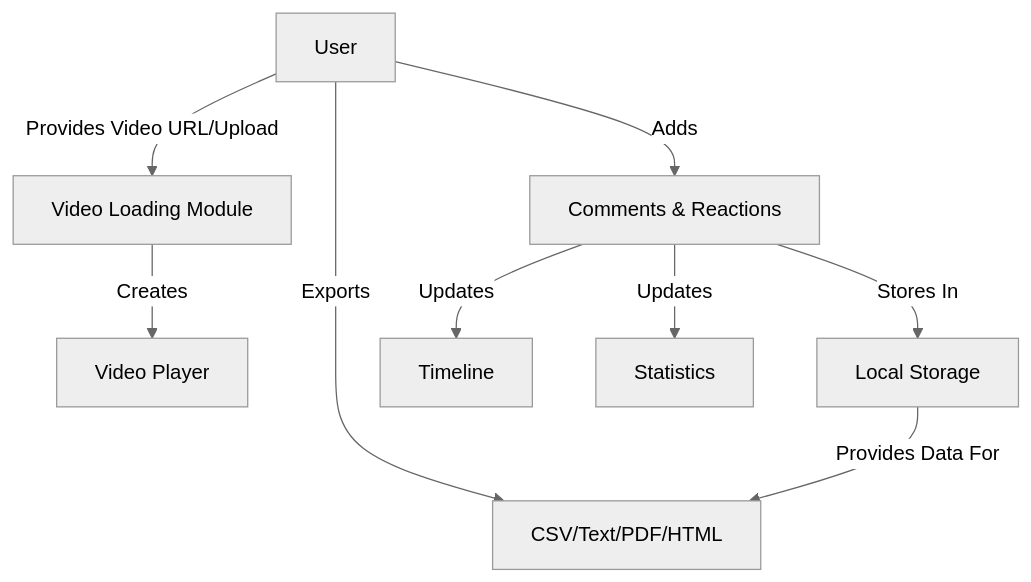
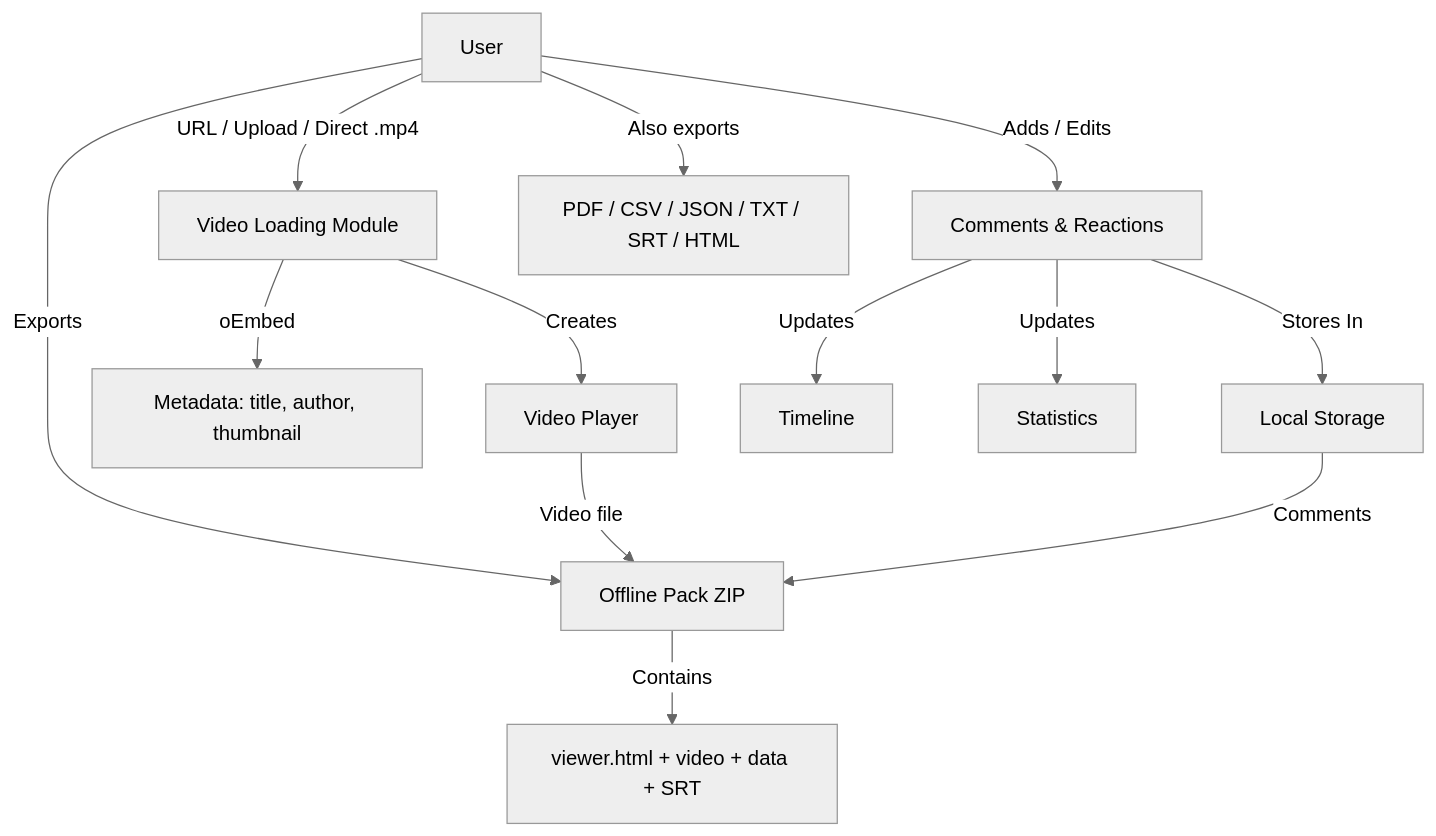
One commit to VideoTag/videotag changed the diagram in README.md. Above: the diagram before and after it, drawn with Mermaid (neutral theme). The commit also changed other lines of this file and 3 other files, not shown here.

````diff
--- a/README.md
+++ b/README.md
@@ -46,14 +75,19 @@
 ```mermaid
 flowchart TD
-    A[User] -->|Provides Video URL/Upload| B[Video Loading Module]
+    A[User] -->|URL / Upload / Direct .mp4| B[Video Loading Module]
     B -->|Creates| C[Video Player]
-    
-    A -->|Adds| D[Comments & Reactions]
+    B -->|oEmbed| M[Metadata: title, author, thumbnail]
+
+    A -->|Adds / Edits| D[Comments & Reactions]
     D -->|Stores In| E[Local Storage]
-    
+
     D -->|Updates| F[Timeline]
     D -->|Updates| G[Statistics]
-    
-    A -->|Exports| H[CSV/Text/PDF/HTML]
-    E -->|Provides Data For| H
+
+    A -->|Exports| H[Offline Pack ZIP]
+    C -->|Video file| H
+    E -->|Comments| H
+    H -->|Contains| V[viewer.html + video + data + SRT]
+
+    A -->|Also exports| I[PDF / CSV / JSON / TXT / SRT / HTML]
 ```
````
